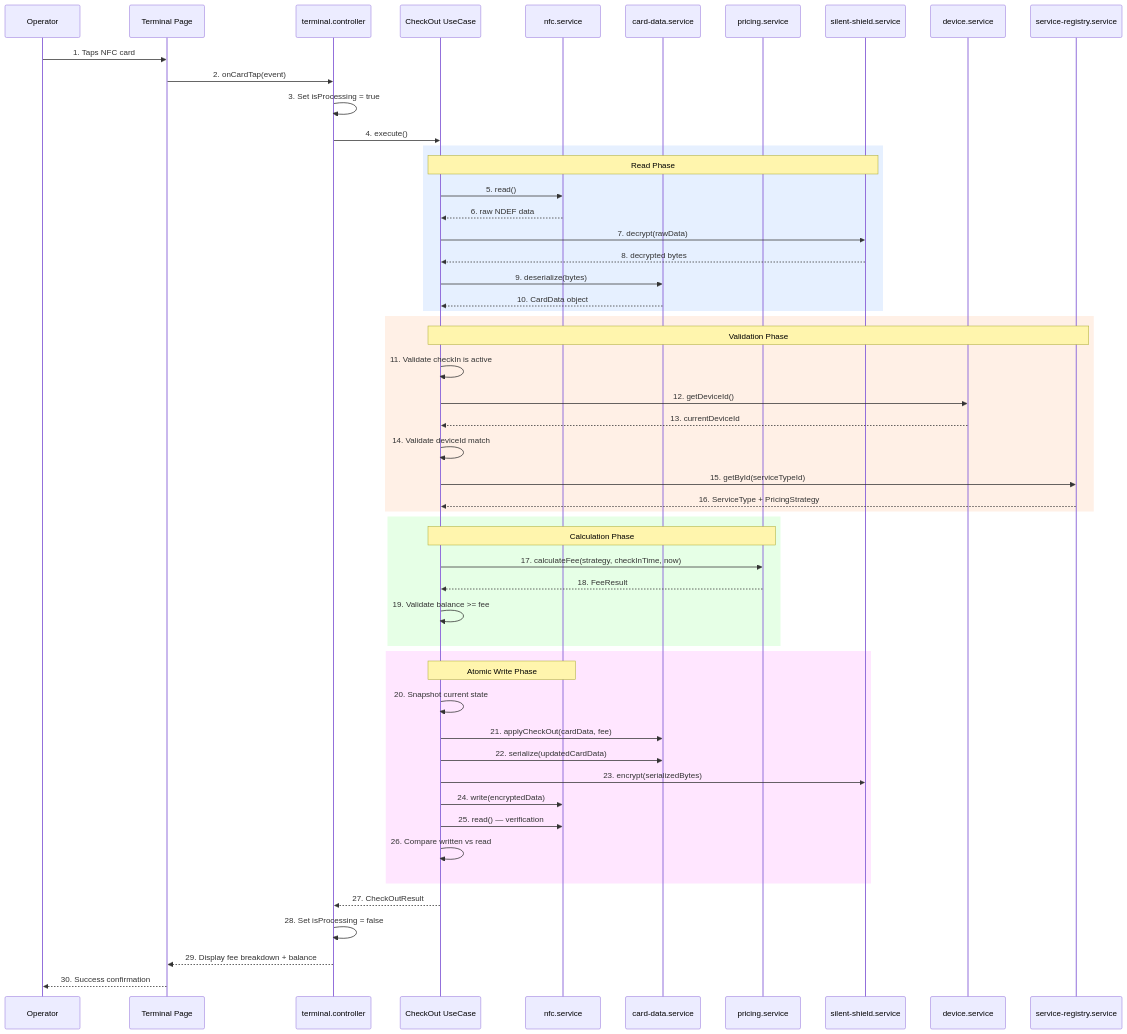
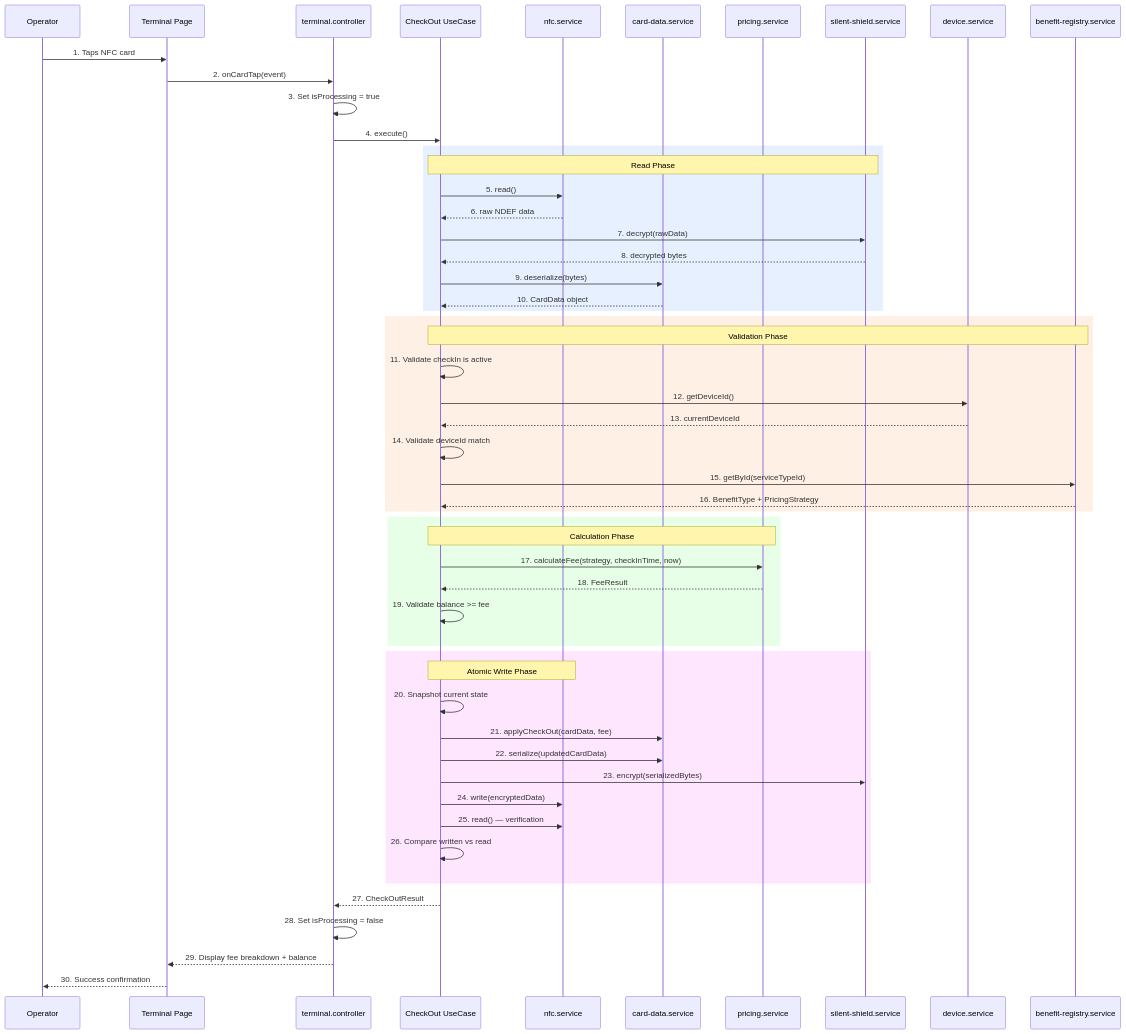
One commit to widdestoyud/assesment-s1-2026 changed the first of 4 diagrams in docs/wiki/membership-benefit-card/01-Architecture/Data-Flow.md. Above: the diagram before and after it, drawn with Mermaid. The commit also changed 31 other files, not shown here.

First line of the commit message:
docs(mbc): Update all documentation for ServiceType to BenefitType rename

````diff
--- a/docs/wiki/membership-benefit-card/01-Architecture/Data-Flow.md
+++ b/docs/wiki/membership-benefit-card/01-Architecture/Data-Flow.md
@@ -13,61 +13,61 @@
 ```mermaid
 sequenceDiagram
     participant Op as Operator
     participant UI as Terminal Page
     participant Ctrl as terminal.controller
     participant UC as CheckOut UseCase
     participant NFC as nfc.service
     participant Card as card-data.service
     participant Price as pricing.service
     participant Crypto as silent-shield.service
     participant Dev as device.service
-    participant Reg as service-registry.service
+    participant Reg as benefit-registry.service
 
     Op->>UI: 1. Taps NFC card
     UI->>Ctrl: 2. onCardTap(event)
     Ctrl->>Ctrl: 3. Set isProcessing = true
     Ctrl->>UC: 4. execute()
 
     rect rgb(230, 240, 255)
         Note over UC,Crypto: Read Phase
         UC->>NFC: 5. read()
         NFC-->>UC: 6. raw NDEF data
         UC->>Crypto: 7. decrypt(rawData)
         Crypto-->>UC: 8. decrypted bytes
         UC->>Card: 9. deserialize(bytes)
         Card-->>UC: 10. CardData object
     end
 
     rect rgb(255, 240, 230)
         Note over UC,Reg: Validation Phase
         UC->>UC: 11. Validate checkIn is active
         UC->>Dev: 12. getDeviceId()
         Dev-->>UC: 13. currentDeviceId
         UC->>UC: 14. Validate deviceId match
         UC->>Reg: 15. getById(serviceTypeId)
-        Reg-->>UC: 16. ServiceType + PricingStrategy
+        Reg-->>UC: 16. BenefitType + PricingStrategy
     end
 
     rect rgb(230, 255, 230)
         Note over UC,Price: Calculation Phase
         UC->>Price: 17. calculateFee(strategy, checkInTime, now)
         Price-->>UC: 18. FeeResult
         UC->>UC: 19. Validate balance >= fee
     end
 
     rect rgb(255, 230, 255)
         Note over UC,NFC: Atomic Write Phase
         UC->>UC: 20. Snapshot current state
         UC->>Card: 21. applyCheckOut(cardData, fee)
         UC->>Card: 22. serialize(updatedCardData)
         UC->>Crypto: 23. encrypt(serializedBytes)
         UC->>NFC: 24. write(encryptedData)
         UC->>NFC: 25. read() — verification
         UC->>UC: 26. Compare written vs read
     end
 
     UC-->>Ctrl: 27. CheckOutResult
     Ctrl->>Ctrl: 28. Set isProcessing = false
     Ctrl-->>UI: 29. Display fee breakdown + balance
     UI-->>Op: 30. Success confirmation
 ```
````
